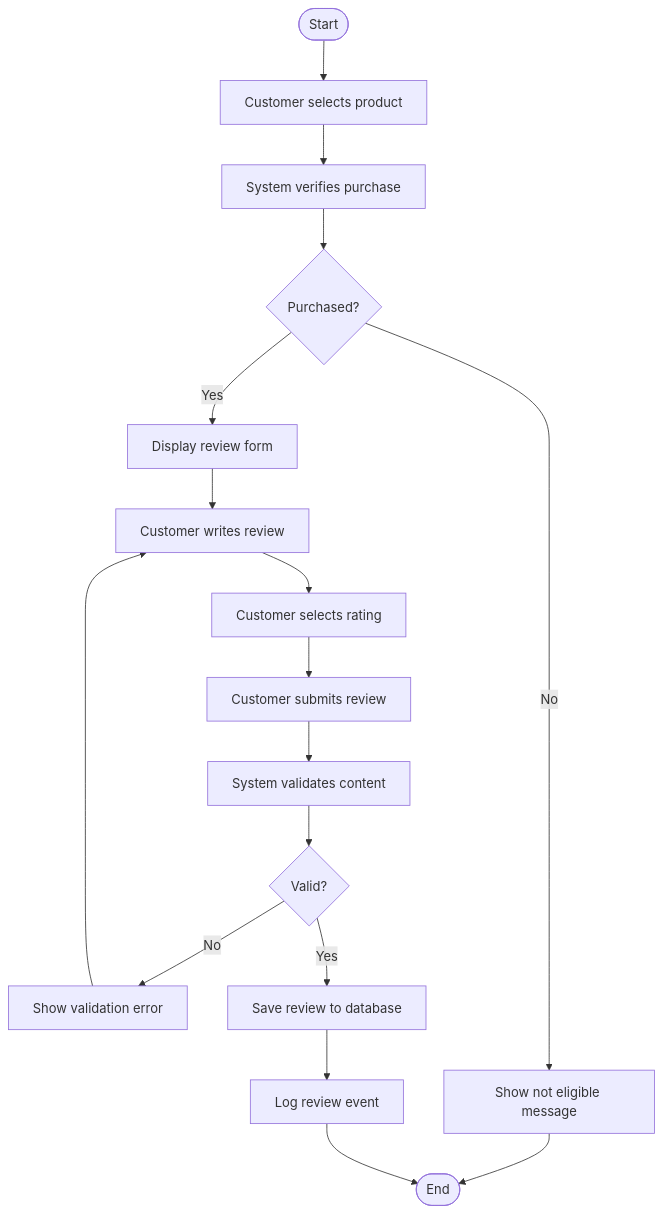
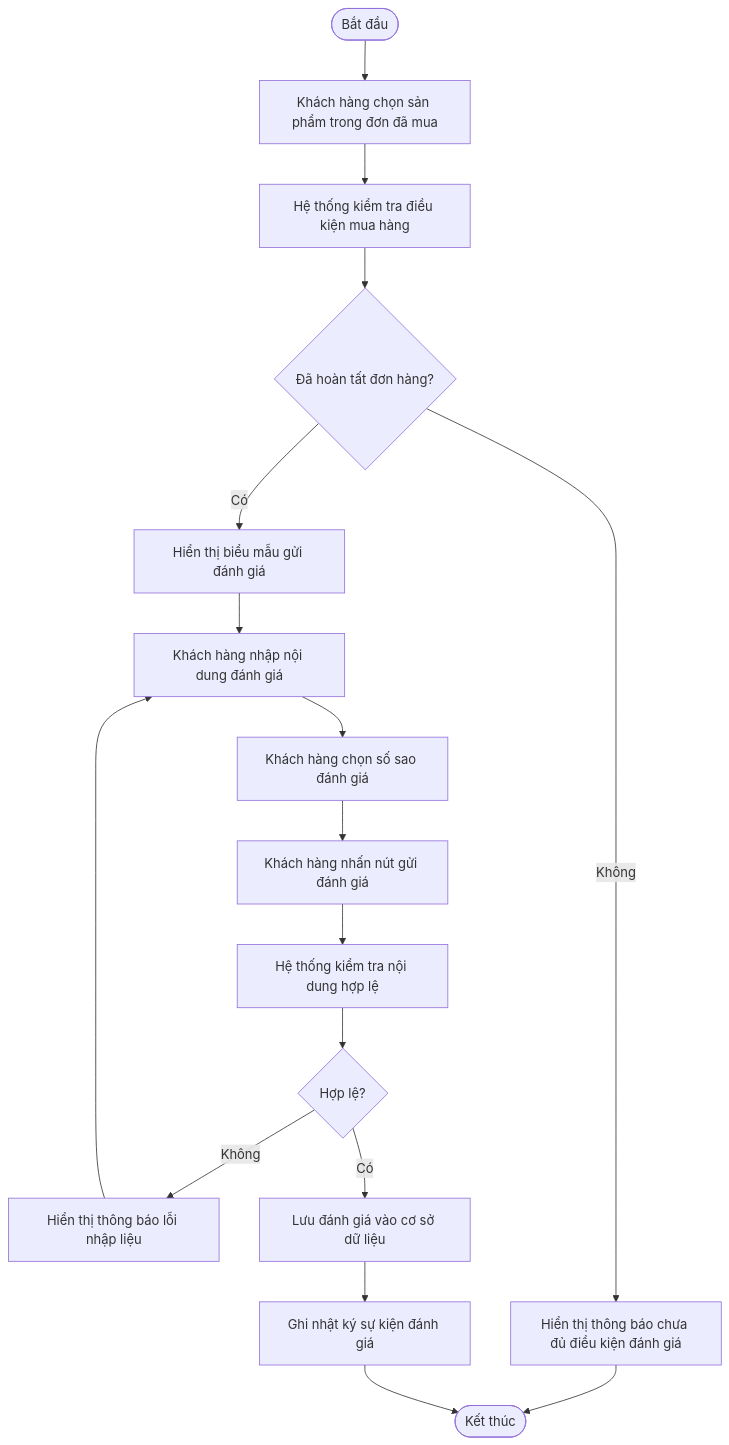
Before and after one commit to DanhTrannn/TLCN: the tenth of 57 diagrams in docs/design-analysis/OOSAD_ANALYSIS.md, drawn with Mermaid. The commit also changed other lines of this file, not shown here.

````diff
--- a/docs/design-analysis/OOSAD_ANALYSIS.md
+++ b/docs/design-analysis/OOSAD_ANALYSIS.md
@@ -890,19 +892,19 @@
 ```mermaid
 flowchart TD
-    Start([Start]) --> A[Customer selects product]
-    A --> B[System verifies purchase]
-    B --> C{Purchased?}
-    C -->|No| D[Show not eligible message]
-    D --> End([End])
-    C -->|Yes| E[Display review form]
-    E --> F[Customer writes review]
-    F --> G[Customer selects rating]
-    G --> H[Customer submits review]
-    H --> I[System validates content]
-    I --> J{Valid?}
-    J -->|No| K[Show validation error]
+    Start([Bắt đầu]) --> A[Khách hàng chọn sản phẩm trong đơn đã mua]
+    A --> B[Hệ thống kiểm tra điều kiện mua hàng]
+    B --> C{Đã hoàn tất đơn hàng?}
+    C -->|Không| D[Hiển thị thông báo chưa đủ điều kiện đánh giá]
+    D --> End([Kết thúc])
+    C -->|Có| E[Hiển thị biểu mẫu gửi đánh giá]
+    E --> F[Khách hàng nhập nội dung đánh giá]
+    F --> G[Khách hàng chọn số sao đánh giá]
+    G --> H[Khách hàng nhấn nút gửi đánh giá]
+    H --> I[Hệ thống kiểm tra nội dung hợp lệ]
+    I --> J{Hợp lệ?}
+    J -->|Không| K[Hiển thị thông báo lỗi nhập liệu]
     K --> F
-    J -->|Yes| L[Save review to database]
-    L --> M[Log review event]
+    J -->|Có| L[Lưu đánh giá vào cơ sở dữ liệu]
+    L --> M[Ghi nhật ký sự kiện đánh giá]
     M --> End
 ```
````
